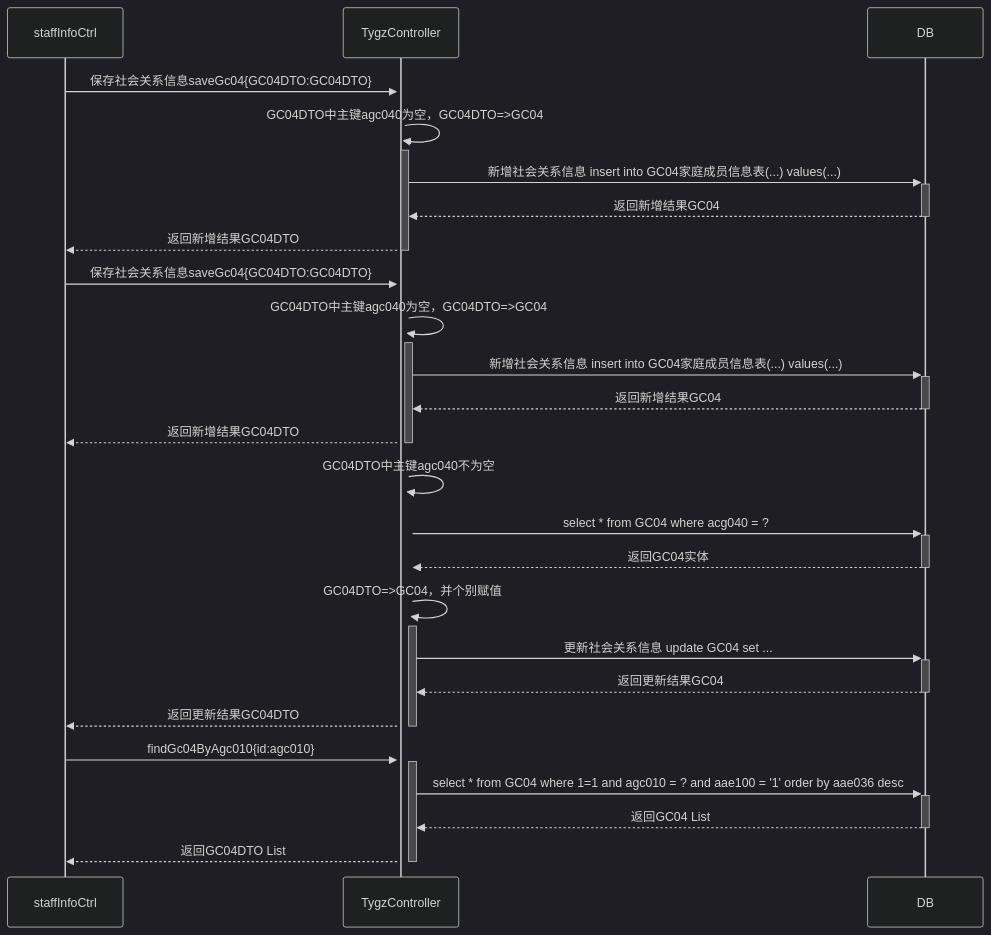
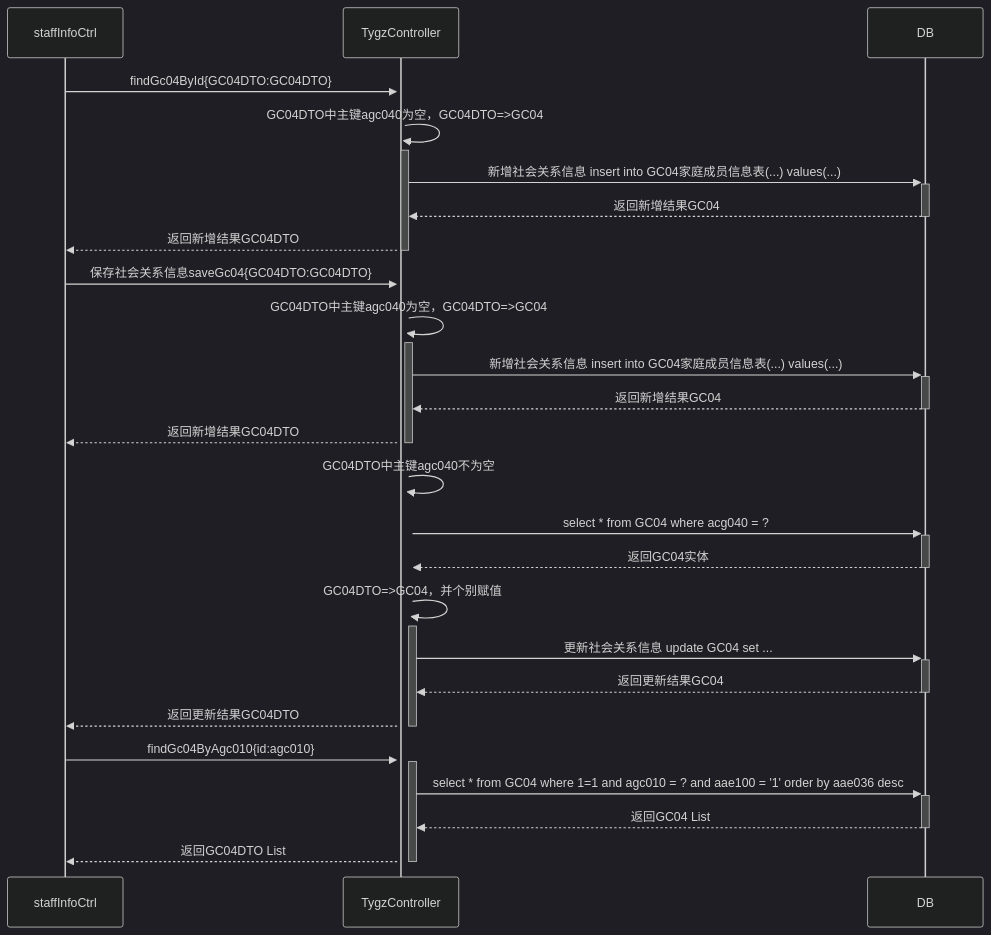
One commit to ZhangJianBeiJing/iodraw-files changed the diagram in all/未命名.md. Above: the diagram before and after it, drawn with Mermaid (dark theme).

Commit message:
2025-03-25 17:39:02 update

````diff
--- a/all/未命名.md
+++ b/all/未命名.md
@@ -1,26 +1,26 @@
 ```mermaid
 sequenceDiagram
-    staffInfoCtrl->>+TygzController:保存社会关系信息saveGc04{GC04DTO:GC04DTO}
+    staffInfoCtrl->>+TygzController:findGc04ById{GC04DTO:GC04DTO}
     TygzController->>+TygzController:GC04DTO中主键agc040为空，GC04DTO=>GC04
     TygzController->>+DB:新增社会关系信息 insert into GC04家庭成员信息表(...) values(...)
     DB-->>-TygzController:返回新增结果GC04
     TygzController-->>-staffInfoCtrl:返回新增结果GC04DTO
-    
+
     staffInfoCtrl->>+TygzController:保存社会关系信息saveGc04{GC04DTO:GC04DTO}
     TygzController->>+TygzController:GC04DTO中主键agc040为空，GC04DTO=>GC04
     TygzController->>+DB:新增社会关系信息 insert into GC04家庭成员信息表(...) values(...)
     DB-->>-TygzController:返回新增结果GC04
     TygzController-->>-staffInfoCtrl:返回新增结果GC04DTO
     TygzController->>+TygzController:GC04DTO中主键agc040不为空
     TygzController->>+DB:select * from GC04 where acg040 = ?
     DB-->>-TygzController:返回GC04实体
     TygzController->>+TygzController:GC04DTO=>GC04，并个别赋值
     TygzController->>+DB:更新社会关系信息 update GC04 set ...
     DB-->>-TygzController:返回更新结果GC04
     TygzController-->>-staffInfoCtrl:返回更新结果GC04DTO
 
     staffInfoCtrl->>+TygzController:findGc04ByAgc010{id:agc010}
     TygzController->>+DB:select * from GC04 where 1=1 and agc010 = ? and aae100 = '1' order by aae036 desc
     DB-->>-TygzController:返回GC04 List
     TygzController-->>-staffInfoCtrl:返回GC04DTO List
 ```
````
